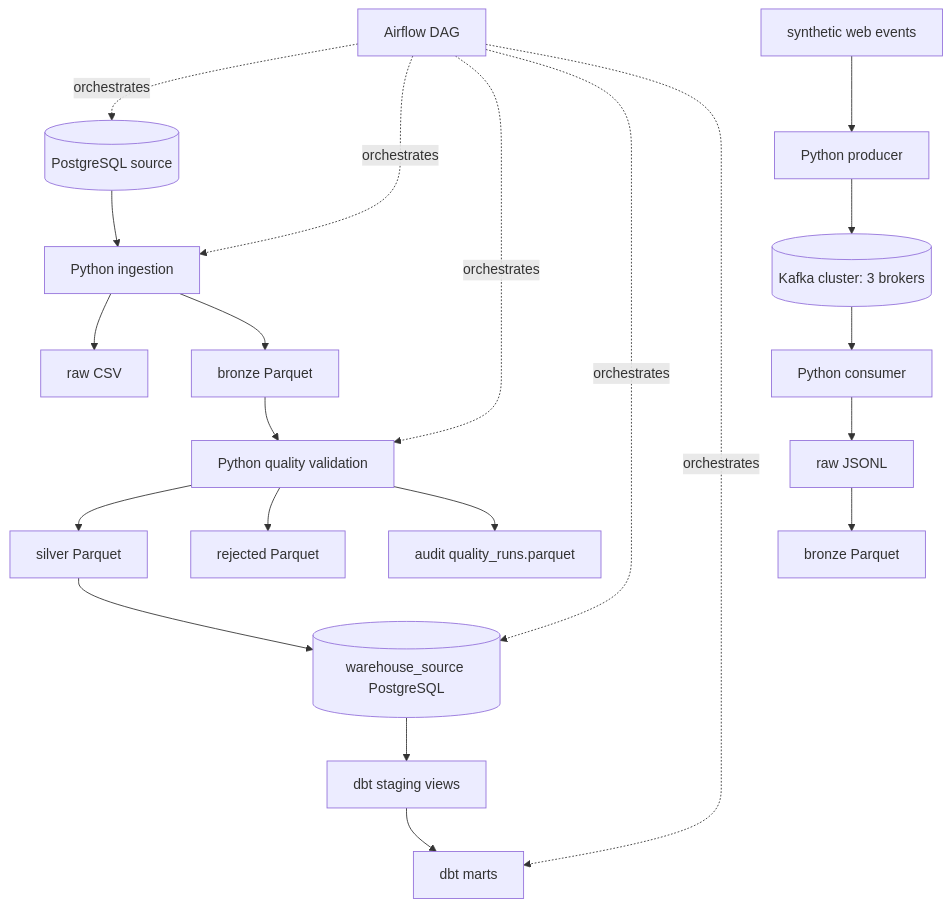
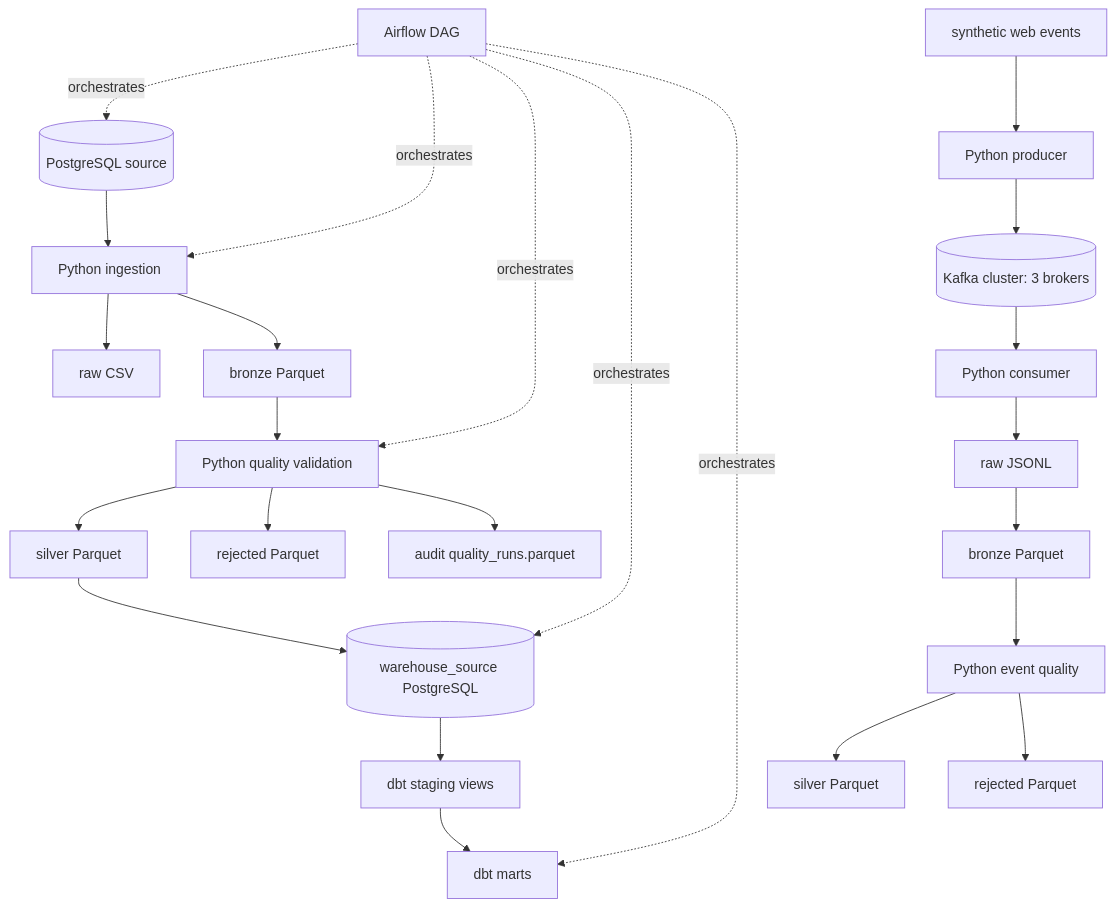
One commit to davidhidsan-dev/retailpulse-data-platform changed the first of 2 diagrams in docs/architecture.md. Above: the diagram before and after it, drawn with Mermaid. The commit also changed other lines of this file and 13 other files, not shown here.

Commit message:
feat: add streaming event quality pipeline

````diff
--- a/docs/architecture.md
+++ b/docs/architecture.md
@@ -11,42 +11,48 @@
 ```mermaid
 flowchart TD
     source[(PostgreSQL source)]
     ingestion[Python ingestion]
     raw[raw CSV]
     bronze[bronze Parquet]
     quality[Python quality validation]
     silver[silver Parquet]
     rejected[rejected Parquet]
     audit[audit quality_runs.parquet]
     warehouse[(warehouse_source PostgreSQL)]
     staging[dbt staging views]
     marts[dbt marts]
     airflow[Airflow DAG]
     web_events[synthetic web events]
     producer[Python producer]
     kafka[(Kafka cluster: 3 brokers)]
     consumer[Python consumer]
     event_raw[raw JSONL]
     event_bronze[bronze Parquet]
+    event_quality[Python event quality]
+    event_silver[silver Parquet]
+    event_rejected[rejected Parquet]
 
     source --> ingestion
     ingestion --> raw
     ingestion --> bronze
     bronze --> quality
     quality --> silver
     quality --> rejected
     quality --> audit
     silver --> warehouse
     warehouse --> staging
     staging --> marts
     airflow -. orchestrates .-> source
     airflow -. orchestrates .-> ingestion
     airflow -. orchestrates .-> quality
     airflow -. orchestrates .-> warehouse
     airflow -. orchestrates .-> marts
     web_events --> producer
     producer --> kafka
     kafka --> consumer
     consumer --> event_raw
     event_raw --> event_bronze
+    event_bronze --> event_quality
+    event_quality --> event_silver
+    event_quality --> event_rejected
 ```
````
